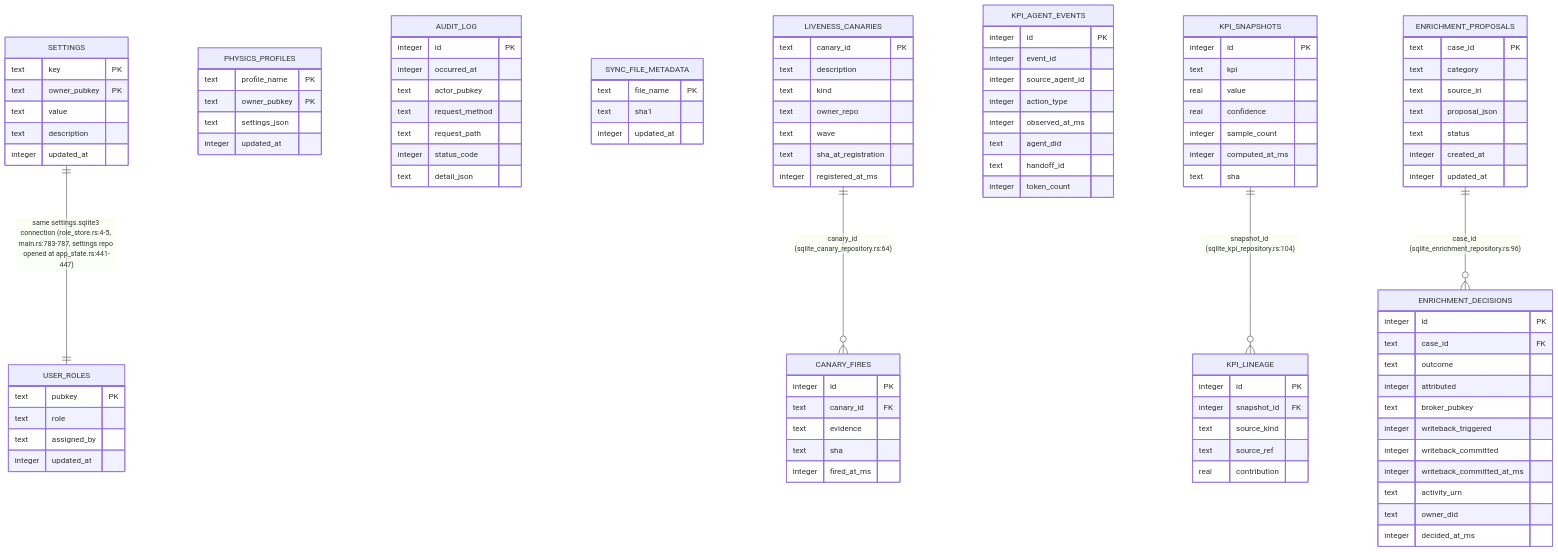
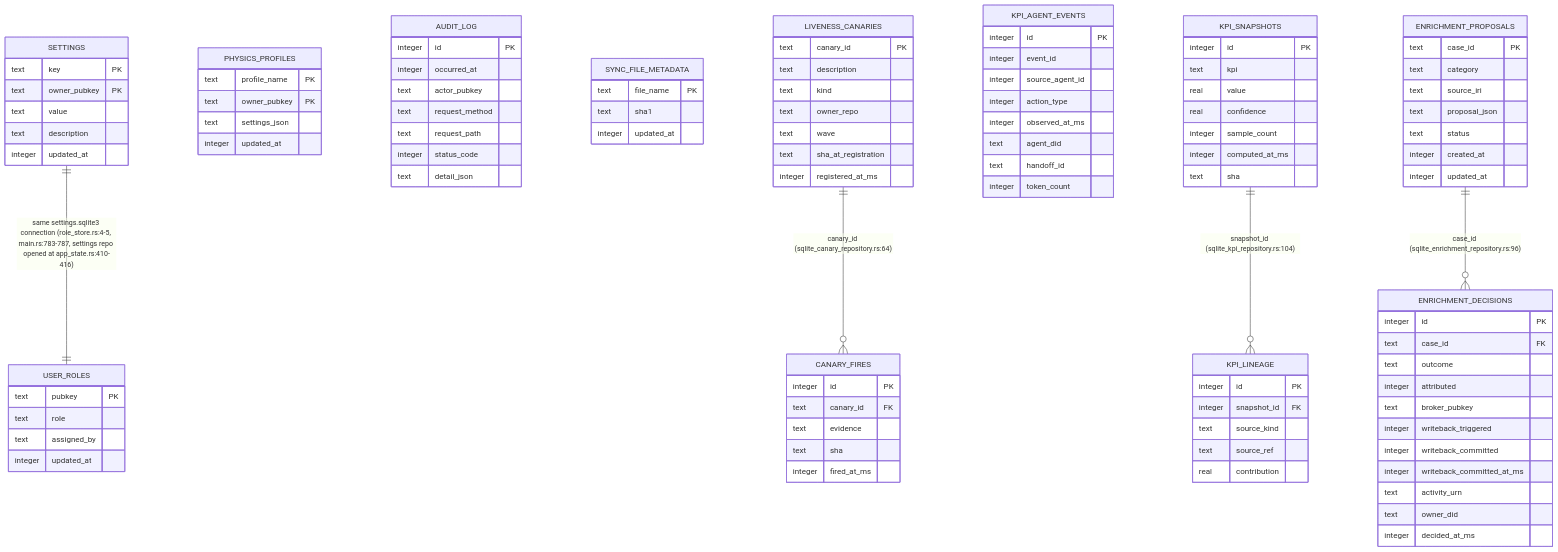
Before and after one commit to DreamLab-AI/VisionFlow: the second of 14 diagrams in docs/diagrams/visionclaw/22-data-authority-provenance-erasure.md, drawn with Mermaid. The commit also changed other lines of this file and 46 other files, not shown here.

Commit message:
docs(diagrams): re-verify VisionClaw topics at 809a859aa/a950f4d80 after the consolidation pass

````diff
--- a/docs/diagrams/visionclaw/22-data-authority-provenance-erasure.md
+++ b/docs/diagrams/visionclaw/22-data-authority-provenance-erasure.md
@@ -209,5 +211,5 @@
     ENRICHMENT_PROPOSALS ||--o{ ENRICHMENT_DECISIONS : "case_id (sqlite_enrichment_repository.rs:96)"
     LIVENESS_CANARIES ||--o{ CANARY_FIRES : "canary_id (sqlite_canary_repository.rs:64)"
     KPI_SNAPSHOTS ||--o{ KPI_LINEAGE : "snapshot_id (sqlite_kpi_repository.rs:104)"
-    SETTINGS ||--|| USER_ROLES : "same settings.sqlite3 connection (role_store.rs:4-5, main.rs:783-787, settings repo opened at app_state.rs:441-447)"
+    SETTINGS ||--|| USER_ROLES : "same settings.sqlite3 connection (role_store.rs:4-5, main.rs:783-787, settings repo opened at app_state.rs:410-416)"
 ```
````
